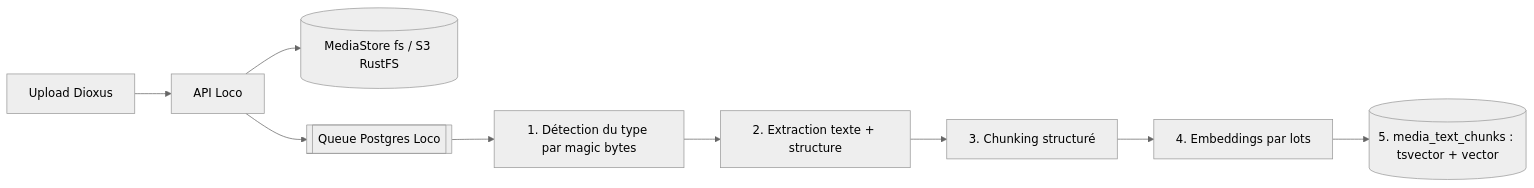
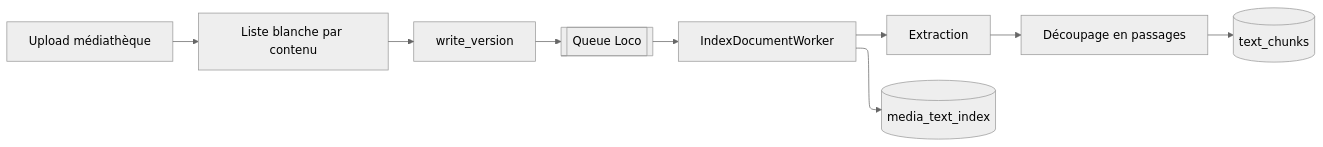
The second of 4 diagrams in docs/architecture/doc-search.md (Pnex/pnex-rs), drawn with Mermaid (neutral theme) before and after one commit. The commit also changed other lines of this file and 1 other file, not shown here.

First line of the commit message:
docs(search): rewrite doc-search in STE with diagrams

````diff
--- a/docs/architecture/doc-search.md
+++ b/docs/architecture/doc-search.md
@@ -73,11 +38,15 @@
 ```mermaid
+---
+config:
+  layout: elk
+---
 flowchart LR
-    U[Upload Dioxus] --> API[API Loco]
-    API --> MS[(MediaStore fs / S3 RustFS)]
-    API --> Q[[Queue Postgres Loco]]
-    Q --> W1[1. Détection du type par magic bytes]
-    W1 --> W2[2. Extraction texte + structure]
-    W2 --> W3[3. Chunking structuré]
-    W3 --> W4[4. Embeddings par lots]
-    W4 --> W5[(5. media_text_chunks : tsvector + vector)]
+    U[Upload médiathèque] --> S[Liste blanche par contenu]
+    S --> V[write_version]
+    V --> Q[[Queue Loco]]
+    Q --> W[IndexDocumentWorker]
+    W --> E[Extraction]
+    E --> C[Découpage en passages]
+    C --> T[(text_chunks)]
+    W --> I[(media_text_index)]
 ```
````
